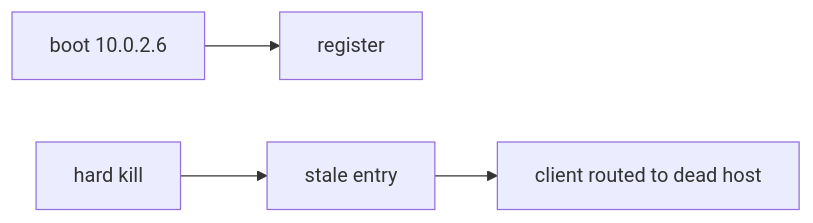
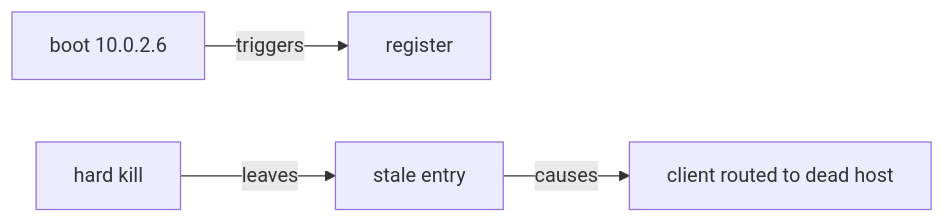
Diagram 12 of 12 in docs/ch08-third-party-registration.md (vinayakuber/microservices-io-study-guide), drawn with Mermaid before and after one commit. The commit also changed other lines of this file and 71 other files, not shown here.

First line of the commit message:
R18: label every diagram arrow with its meaning

````diff
--- a/docs/ch08-third-party-registration.md
+++ b/docs/ch08-third-party-registration.md
@@ -422,6 +422,6 @@
 ```mermaid
 flowchart LR
-  B["boot 10.0.2.6"] --> R["register"]
-  K["hard kill"] --> S["stale entry"]
-  S --> D["client routed to dead host"]
+  B["boot 10.0.2.6"] -->|"triggers"| R["register"]
+  K["hard kill"] -->|"leaves"| S["stale entry"]
+  S -->|"causes"| D["client routed to dead host"]
 ```
````
